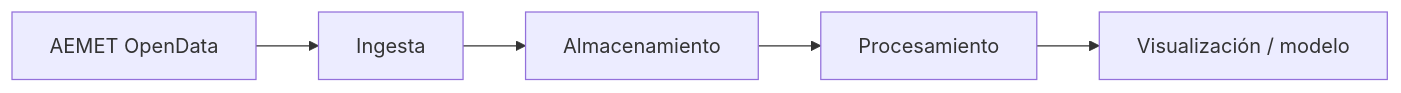
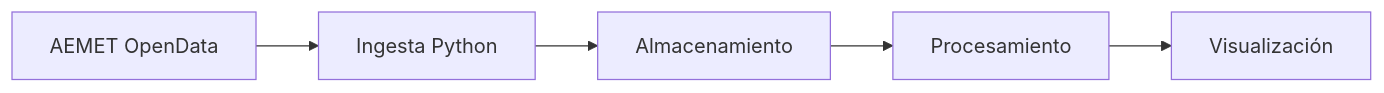
The diagram in README.md (maavcode/bigdata-p4-urban_valencia), drawn with Mermaid before and after one commit. The commit also changed other lines of this file and 3 other files, not shown here.

````diff
--- a/README.md
+++ b/README.md
@@ -11,7 +9,7 @@
 ```mermaid
 graph LR
-    A[AEMET OpenData] --> B[Ingesta]
+    A[AEMET OpenData] --> B[Ingesta Python]
     B --> C[Almacenamiento]
     C --> D[Procesamiento]
-    D --> E[Visualización / modelo]
+    D --> E[Visualización]
 ```
````
